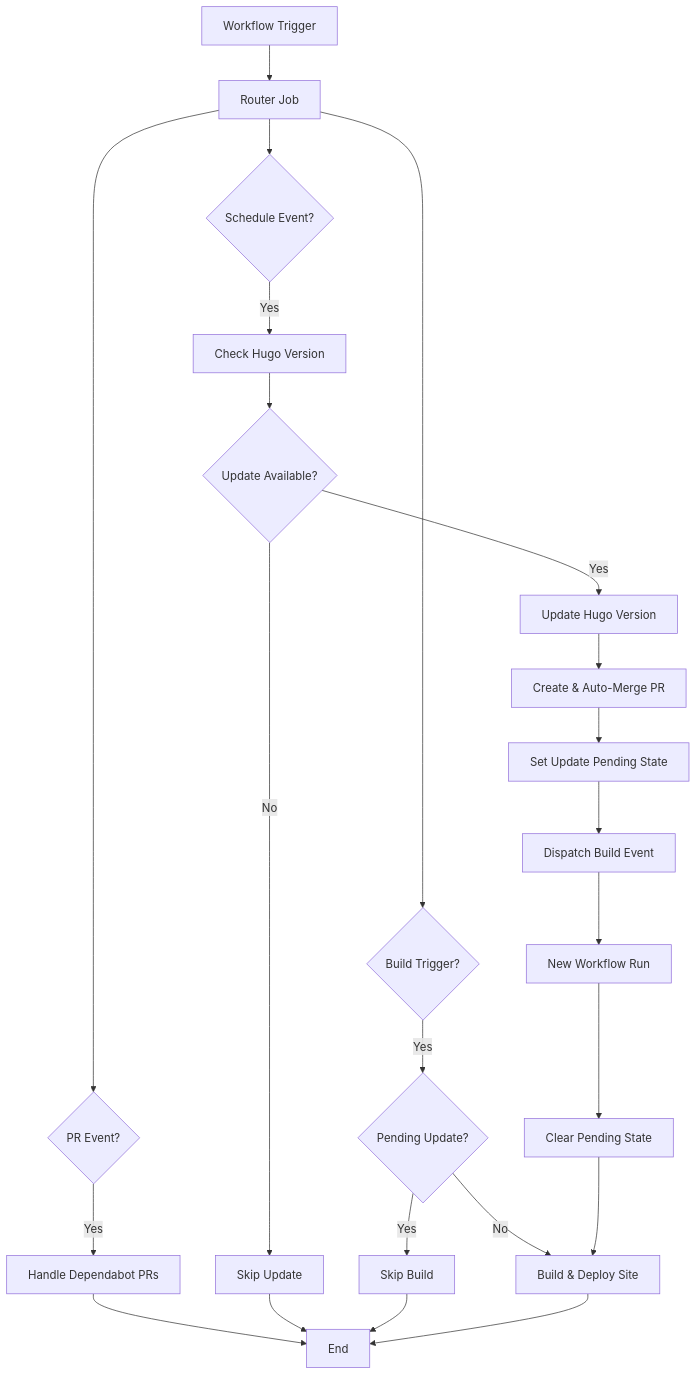
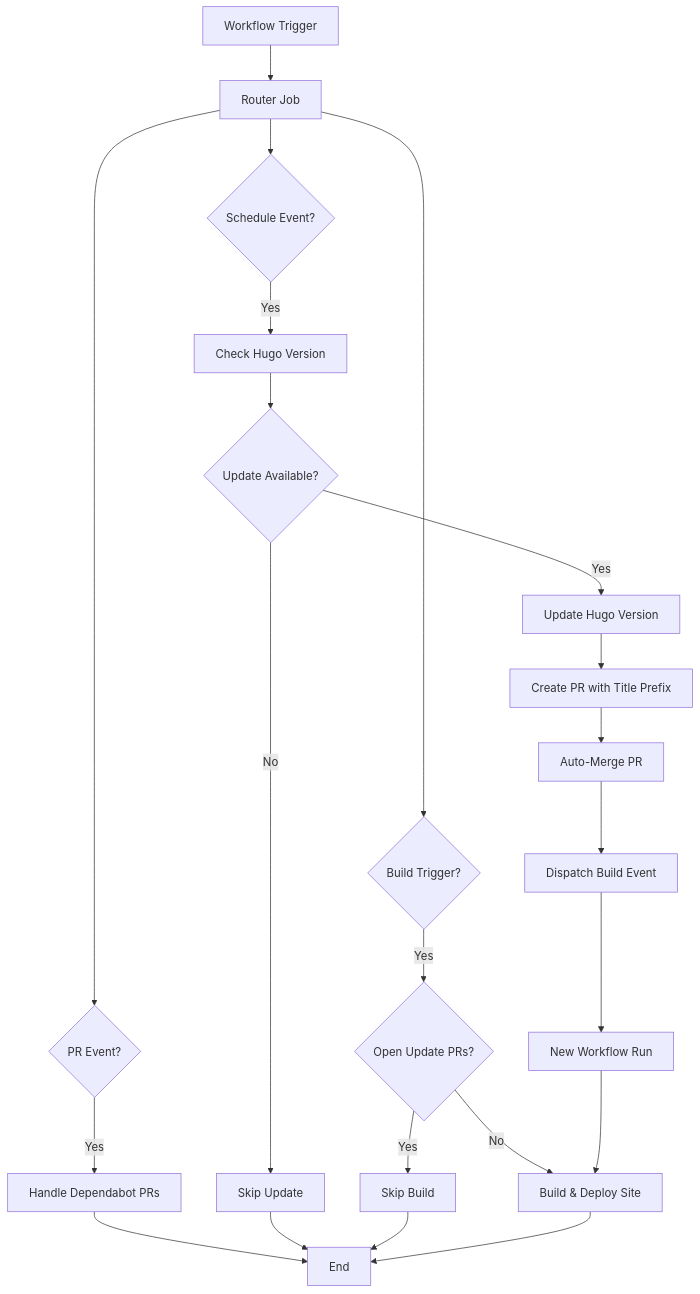
Before and after one commit to chriopter/hugo-autopilot: the diagram in README.md, drawn with Mermaid. The commit also changed other lines of this file and 2 other files, not shown here.

````diff
--- a/README.md
+++ b/README.md
@@ -16,31 +16,30 @@
 ```mermaid
 flowchart TD
     Start[Workflow Trigger] --> Router[Router Job]
     
     Router --> PR{PR Event?}
     PR -->|Yes| Automerge[Handle Dependabot PRs]
     
     Router --> Schedule{Schedule Event?}
     Schedule -->|Yes| CheckUpdate[Check Hugo Version]
     CheckUpdate --> NeedsUpdate{Update Available?}
     NeedsUpdate -->|Yes| UpdateHugo[Update Hugo Version]
-    UpdateHugo --> CreatePR[Create & Auto-Merge PR]
-    CreatePR --> SetState[Set Update Pending State]
-    SetState --> DispatchBuild[Dispatch Build Event]
+    UpdateHugo --> CreatePR[Create PR with Title Prefix]
+    CreatePR --> AutoMergePR[Auto-Merge PR]
+    AutoMergePR --> DispatchBuild[Dispatch Build Event]
     
     NeedsUpdate -->|No| SkipUpdate[Skip Update]
     
     Router --> Build{Build Trigger?}
-    Build -->|Yes| CheckPending{Pending Update?}
-    CheckPending -->|Yes| SkipBuild[Skip Build]
-    CheckPending -->|No| BuildSite[Build & Deploy Site]
+    Build -->|Yes| CheckPRs{Open Update PRs?}
+    CheckPRs -->|Yes| SkipBuild[Skip Build]
+    CheckPRs -->|No| BuildSite[Build & Deploy Site]
     
     DispatchBuild --> NewWorkflow[New Workflow Run]
-    NewWorkflow --> ClearState[Clear Pending State]
-    ClearState --> BuildSite
+    NewWorkflow --> BuildSite
     
     Automerge --> End[End]
     SkipUpdate --> End
     SkipBuild --> End
     BuildSite --> End
 ```
````
